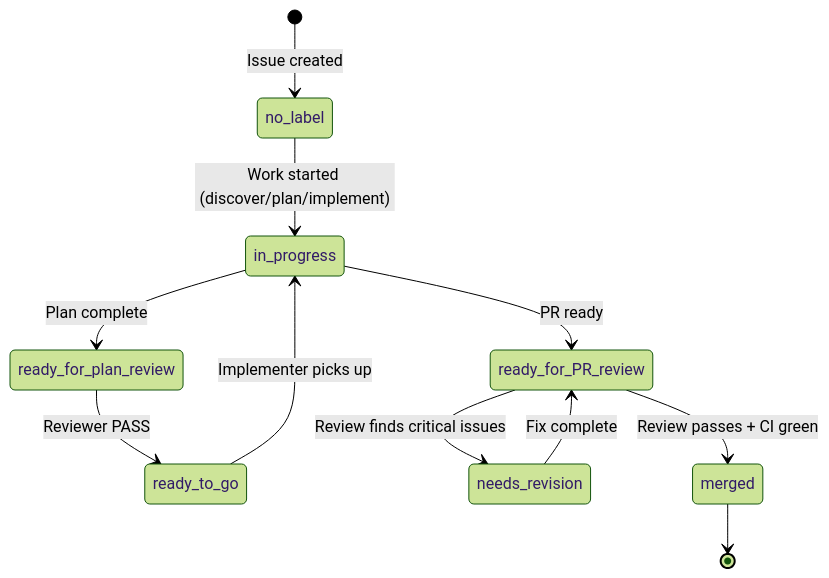
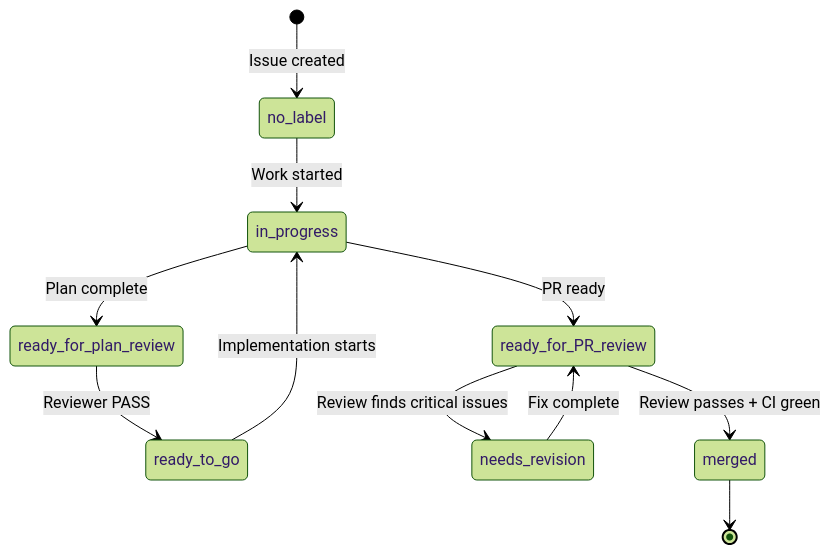
Before and after one commit to o3-ozono/atdd-kit: the second of 4 diagrams in docs/workflow/workflow-detail.md, drawn with Mermaid (forest theme). The commit also changed other lines of this file and 175 other files, not shown here.

````diff
--- a/docs/workflow/workflow-detail.md
+++ b/docs/workflow/workflow-detail.md
@@ -136,17 +79,17 @@
 ```mermaid
 stateDiagram-v2
     [*] --> no_label: Issue created
-    no_label --> in_progress: Work started (discover/plan/implement)
+    no_label --> in_progress: Work started
 
     in_progress --> ready_for_plan_review: Plan complete
     ready_for_plan_review --> ready_to_go: Reviewer PASS
 
-    ready_to_go --> in_progress: Implementer picks up
+    ready_to_go --> in_progress: Implementation starts
     in_progress --> ready_for_PR_review: PR ready
 
     ready_for_PR_review --> needs_revision: Review finds critical issues
     needs_revision --> ready_for_PR_review: Fix complete
 
     ready_for_PR_review --> merged: Review passes + CI green
     merged --> [*]
 ```
````
